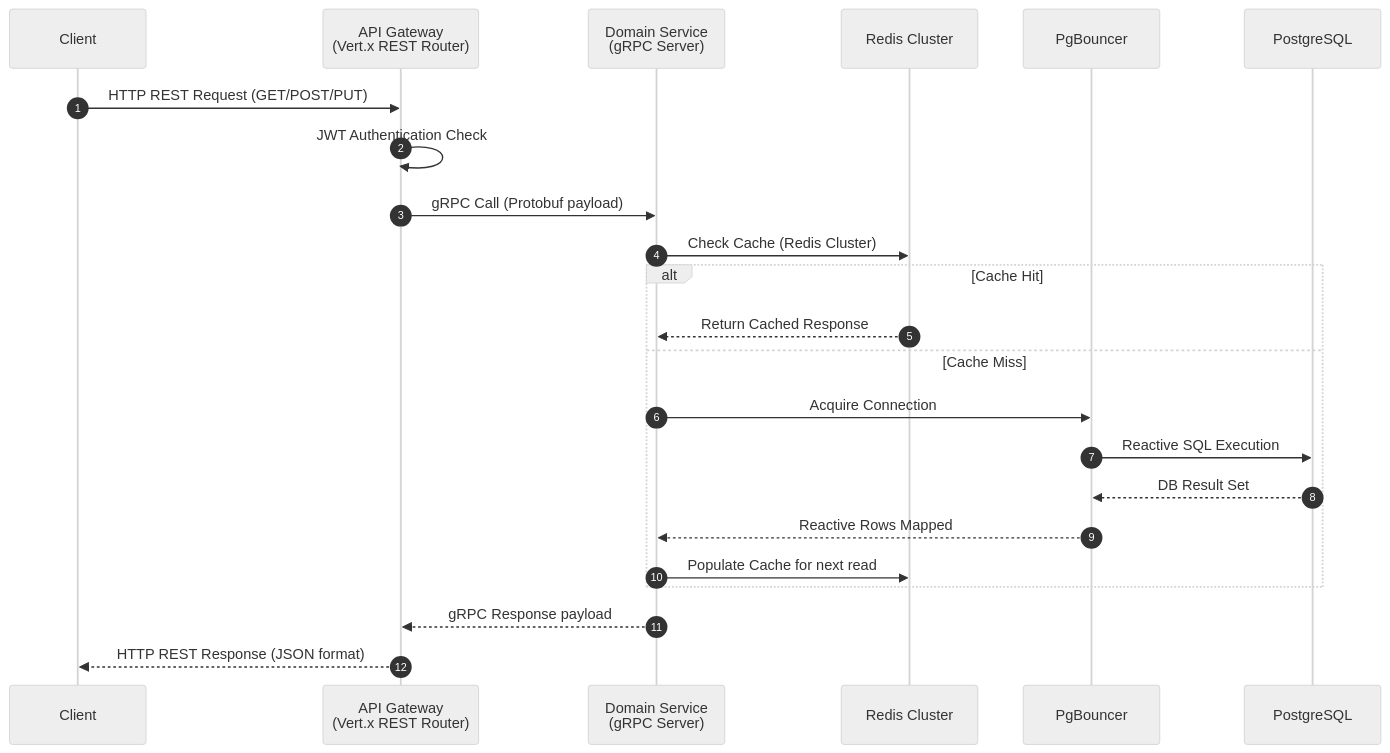
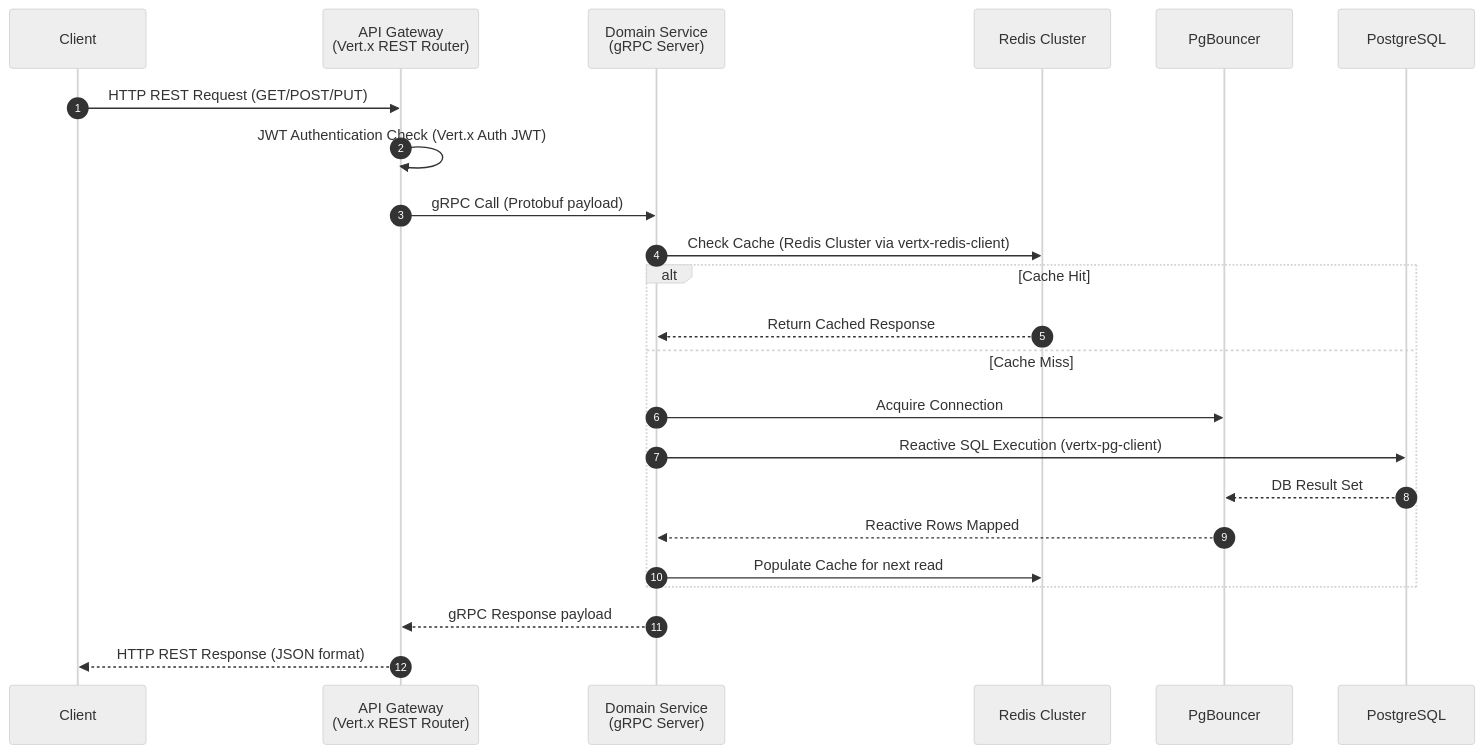
Before and after one commit to MamangRust/modular-monolith-vertx-ecommerce: the fourth of 8 diagrams in README.md, drawn with Mermaid (neutral theme). The commit also changed other lines of this file, not shown here.

Commit message:
docs: update README documentation and architecture diagram to reflect service structure and tech stack refinements

````diff
--- a/README.md
+++ b/README.md
@@ -281,26 +359,26 @@
 ```mermaid
 sequenceDiagram
     autonumber
     participant C as Client
     participant GW as API Gateway<br/>(Vert.x REST Router)
     participant SVC as Domain Service<br/>(gRPC Server)
     participant REDIS as Redis Cluster
     participant PGB as PgBouncer
     participant DB as PostgreSQL
 
     C->>GW: HTTP REST Request (GET/POST/PUT)
-    GW->>GW: JWT Authentication Check
+    GW->>GW: JWT Authentication Check (Vert.x Auth JWT)
     GW->>SVC: gRPC Call (Protobuf payload)
-    SVC->>REDIS: Check Cache (Redis Cluster)
+    SVC->>REDIS: Check Cache (Redis Cluster via vertx-redis-client)
     alt Cache Hit
         REDIS-->>SVC: Return Cached Response
     else Cache Miss
         SVC->>PGB: Acquire Connection
-        PGB->>DB: Reactive SQL Execution
+        SVC->>DB: Reactive SQL Execution (vertx-pg-client)
         DB-->>PGB: DB Result Set
         PGB-->>SVC: Reactive Rows Mapped
         SVC->>REDIS: Populate Cache for next read
     end
     SVC-->>GW: gRPC Response payload
     GW-->>C: HTTP REST Response (JSON format)
 ```
````
